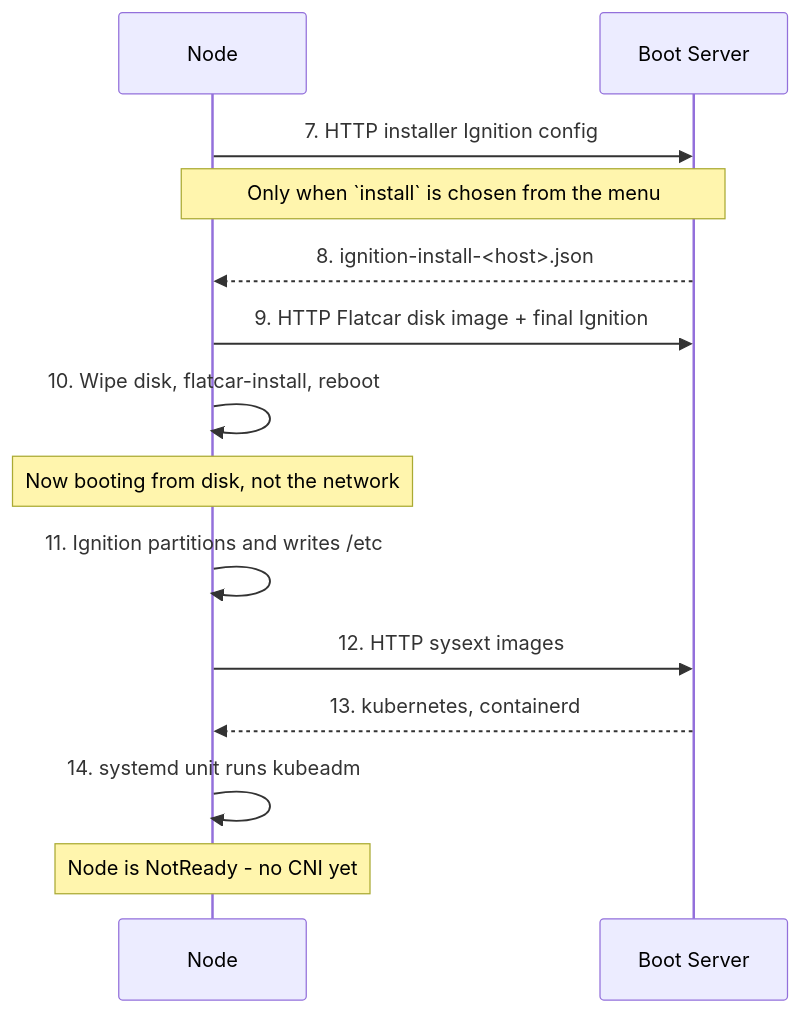
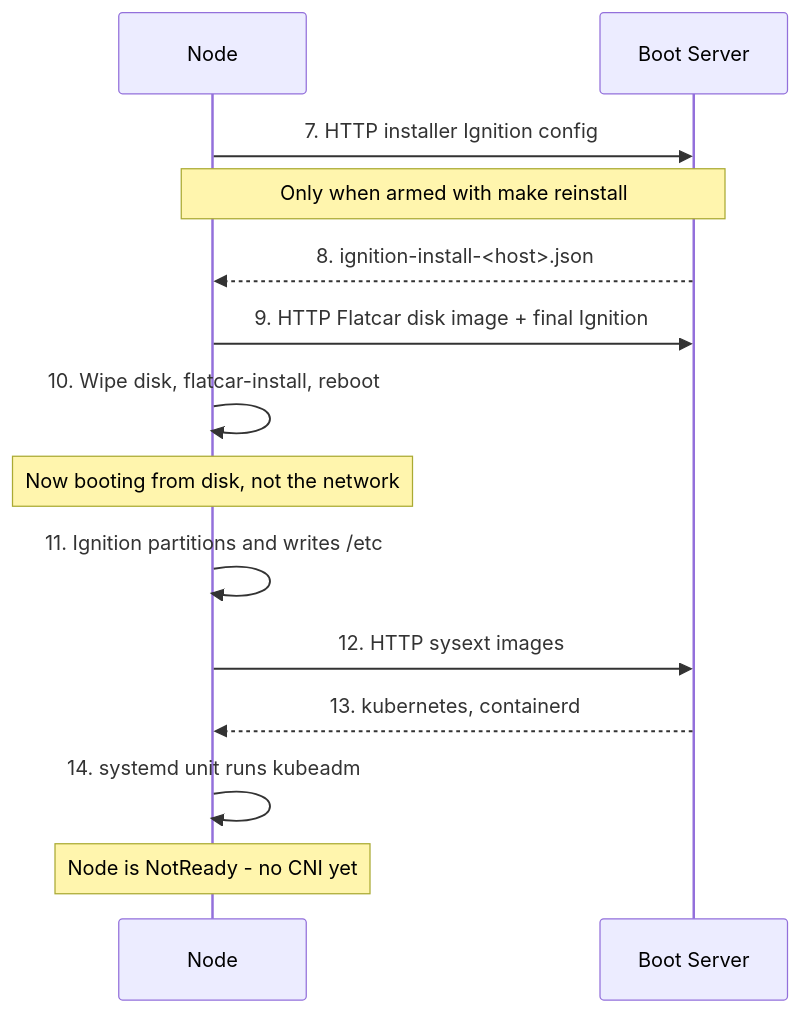
One commit to JanWelker/homelab changed the second of 3 diagrams in docs/architecture/boot-process.md. Above: the diagram before and after it, drawn with Mermaid. The commit also changed other lines of this file and 6 other files, not shown here.

````diff
--- a/docs/architecture/boot-process.md
+++ b/docs/architecture/boot-process.md
@@ -49,17 +49,17 @@
 ```mermaid
 sequenceDiagram
     participant Node
     participant Server as Boot Server
 
     Node->>Server: 7. HTTP installer Ignition config
-    Note over Node,Server: Only when `install` is chosen from the menu
+    Note over Node,Server: Only when armed with make reinstall
     Server-->>Node: 8. ignition-install-<host>.json
     Node->>Server: 9. HTTP Flatcar disk image + final Ignition
     Node->>Node: 10. Wipe disk, flatcar-install, reboot
     Note over Node: Now booting from disk, not the network
     Node->>Node: 11. Ignition partitions and writes /etc
     Node->>Server: 12. HTTP sysext images
     Server-->>Node: 13. kubernetes, containerd
     Node->>Node: 14. systemd unit runs kubeadm
     Note over Node: Node is NotReady - no CNI yet
 ```
````
